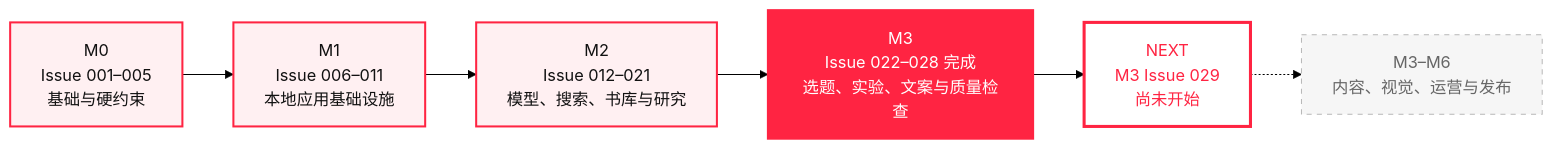
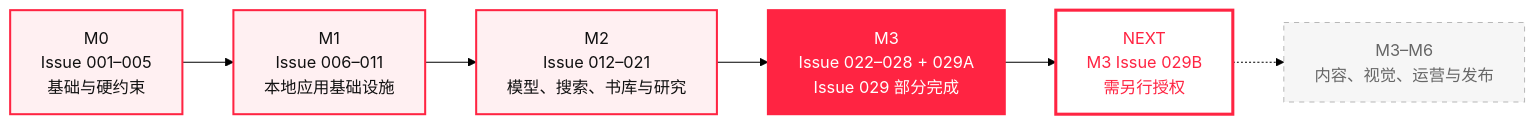
One commit to KAtOReNA7/Rednote-Automated-Operation-Tool changed the first of 2 diagrams in README.md. Above: the diagram before and after it, drawn with Mermaid (forest theme). The commit also changed other lines of this file and 21 other files, not shown here.

````diff
--- a/README.md
+++ b/README.md
@@ -76,18 +80,18 @@
 ```mermaid
 flowchart LR
     M0["M0<br/>Issue 001–005<br/>基础与硬约束"] --> M1["M1<br/>Issue 006–011<br/>本地应用基础设施"]
     M1 --> M2["M2<br/>Issue 012–021<br/>模型、搜索、书库与研究"]
-    M2 --> M3["M3<br/>Issue 022–028 完成<br/>选题、实验、文案与质量检查"]
-    M3 --> NEXT["NEXT<br/>M3 Issue 029<br/>尚未开始"]
+    M2 --> M3["M3<br/>Issue 022–028 + 029A<br/>Issue 029 部分完成"]
+    M3 --> NEXT["NEXT<br/>M3 Issue 029B<br/>需另行授权"]
     NEXT -.-> FUTURE["M3–M6<br/>内容、视觉、运营与发布"]
 
     classDef done fill:#fff0f2,stroke:#ff2442,color:#111,stroke-width:2px;
     classDef active fill:#ff2442,stroke:#ff2442,color:#fff,stroke-width:2px;
     classDef next fill:#fff,stroke:#ff2442,color:#ff2442,stroke-width:3px;
     classDef future fill:#f6f6f6,stroke:#b8b8b8,color:#666,stroke-dasharray:5 5;
 
     class M0,M1,M2 done;
     class M3 active;
     class NEXT next;
     class FUTURE future;
 ```
````
